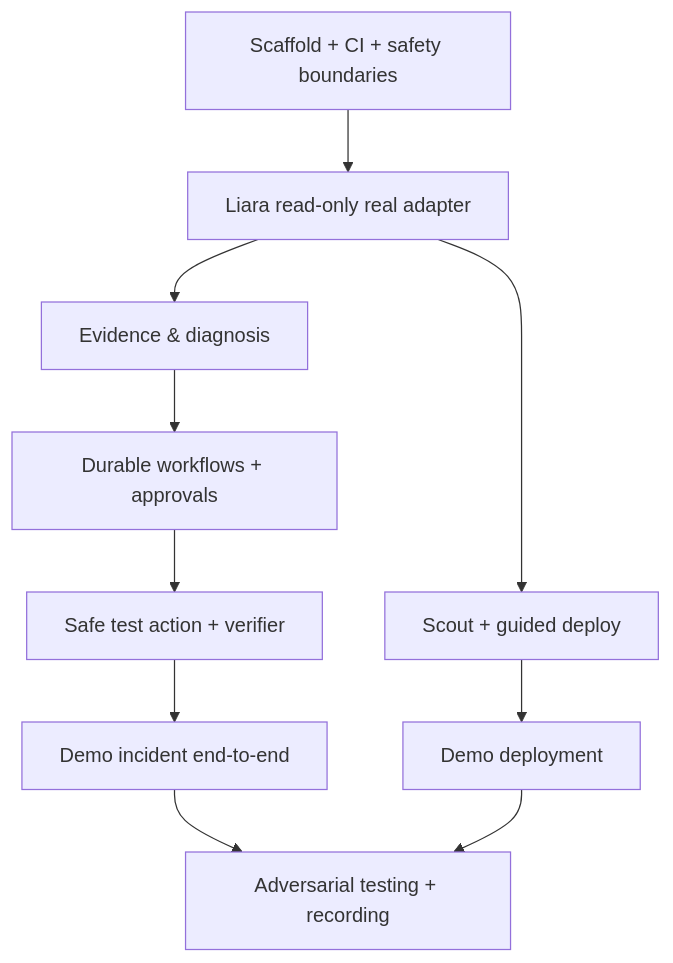
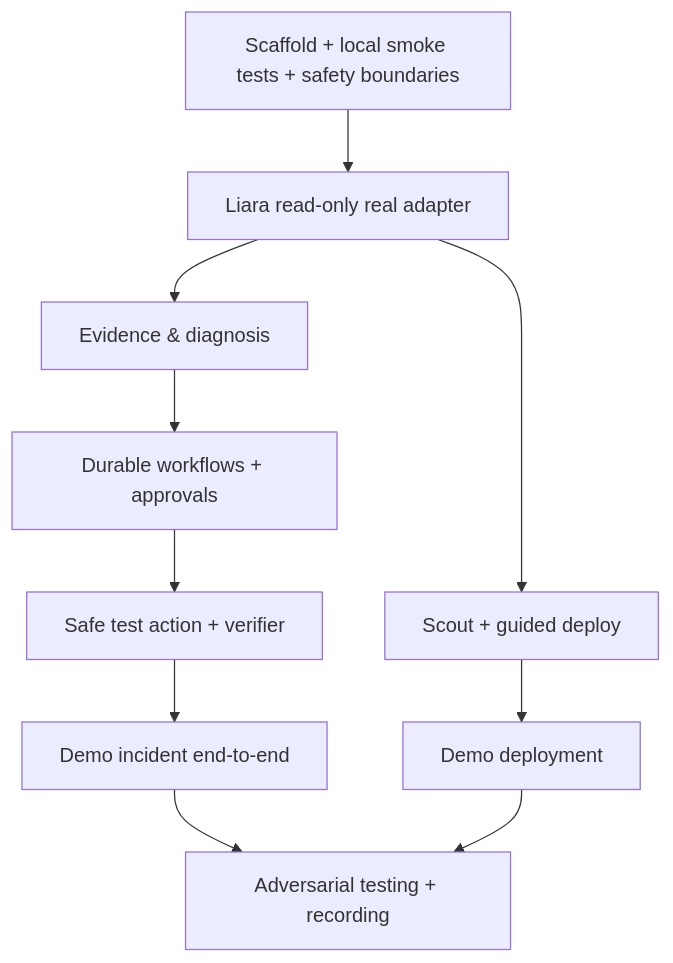
One commit to afakhari/server_agent changed the diagram in docs/13-delivery-roadmap.md. Above: the diagram before and after it, drawn with Mermaid. The commit also changed other lines of this file and 21 other files, not shown here.

````diff
--- a/docs/13-delivery-roadmap.md
+++ b/docs/13-delivery-roadmap.md
@@ -4,12 +4,12 @@
 ```mermaid
 flowchart TD
-  M0[Scaffold + CI + safety boundaries] --> M1[Liara read-only real adapter]
+  M0[Scaffold + local smoke tests + safety boundaries] --> M1[Liara read-only real adapter]
   M1 --> M2[Evidence & diagnosis]
   M2 --> M3[Durable workflows + approvals]
   M3 --> M4[Safe test action + verifier]
   M4 --> D[Demo incident end-to-end]
   M1 --> M5[Scout + guided deploy]
   M5 --> D2[Demo deployment]
   D --> F[Adversarial testing + recording]
   D2 --> F
 ```
````
